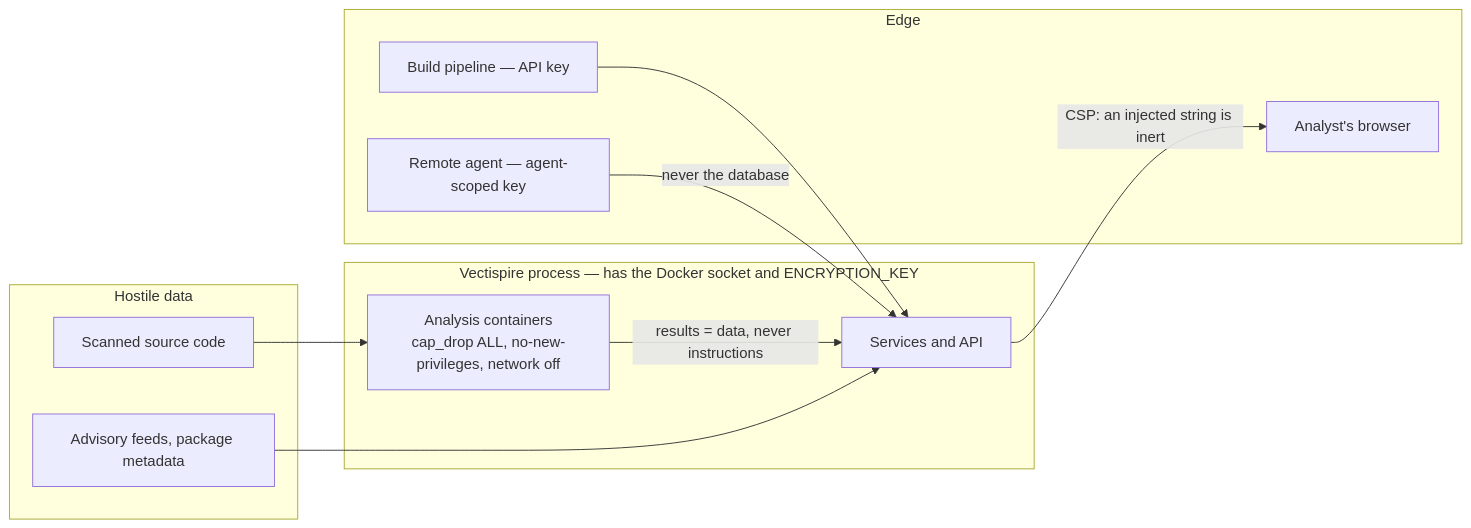
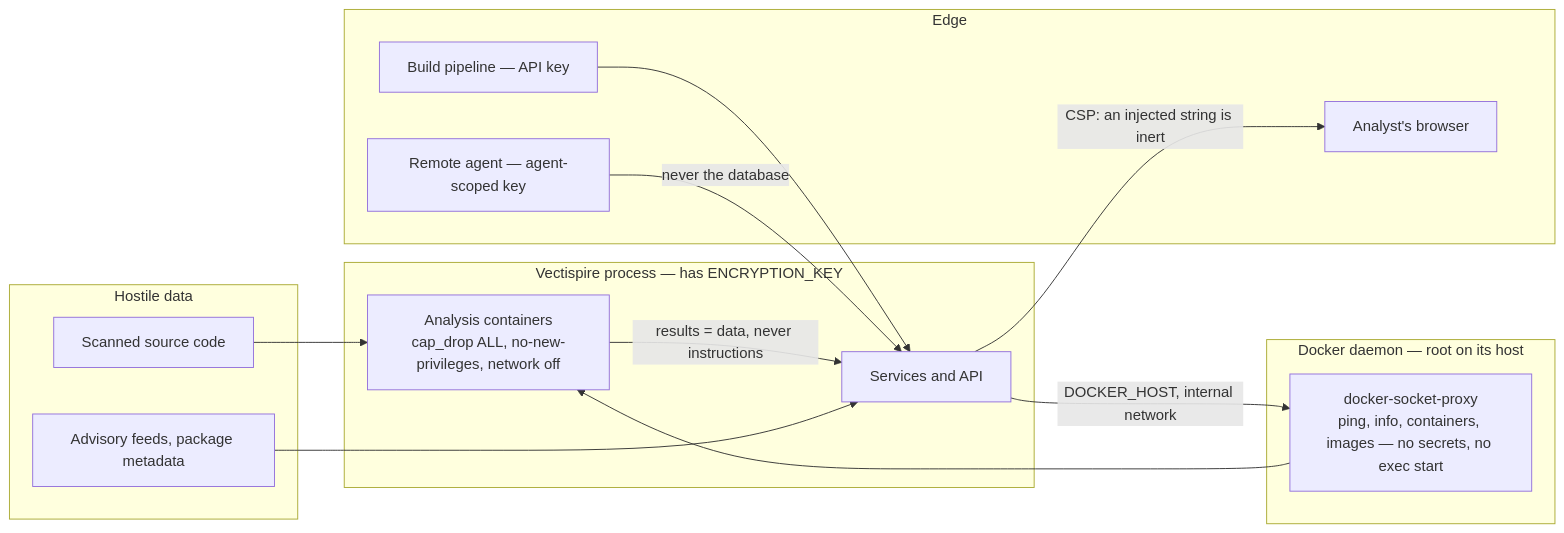
The diagram in docs/architecture/en/03-security.md (asmolabs/vectispire), drawn with Mermaid before and after one commit. The commit also changed other lines of this file and 113 other files, not shown here.

````diff
--- a/docs/architecture/en/03-security.md
+++ b/docs/architecture/en/03-security.md
@@ -24,23 +24,28 @@
 ```mermaid
 flowchart LR
     subgraph hostile["Hostile data"]
         CODE["Scanned source code"]
         FEED["Advisory feeds, package metadata"]
     end
-    subgraph proc["Vectispire process — has the Docker socket and ENCRYPTION_KEY"]
+    subgraph proc["Vectispire process — has ENCRYPTION_KEY"]
         SCAN["Analysis containers<br/>cap_drop ALL, no-new-privileges, network off"]
         APP["Services and API"]
+    end
+    subgraph daemon["Docker daemon — root on its host"]
+        PROXY["docker-socket-proxy<br/>ping, info, containers, images — no secrets, no exec start"]
     end
     subgraph edge["Edge"]
         USER["Analyst's browser"]
         CI["Build pipeline — API key"]
         AGENT["Remote agent — agent-scoped key"]
     end
 
     CODE --> SCAN
     SCAN -->|"results = data, never instructions"| APP
+    APP -->|"DOCKER_HOST, internal network"| PROXY
+    PROXY --> SCAN
     FEED --> APP
     APP -->|"CSP: an injected string is inert"| USER
     CI --> APP
     AGENT -->|"never the database"| APP
 ```
````
